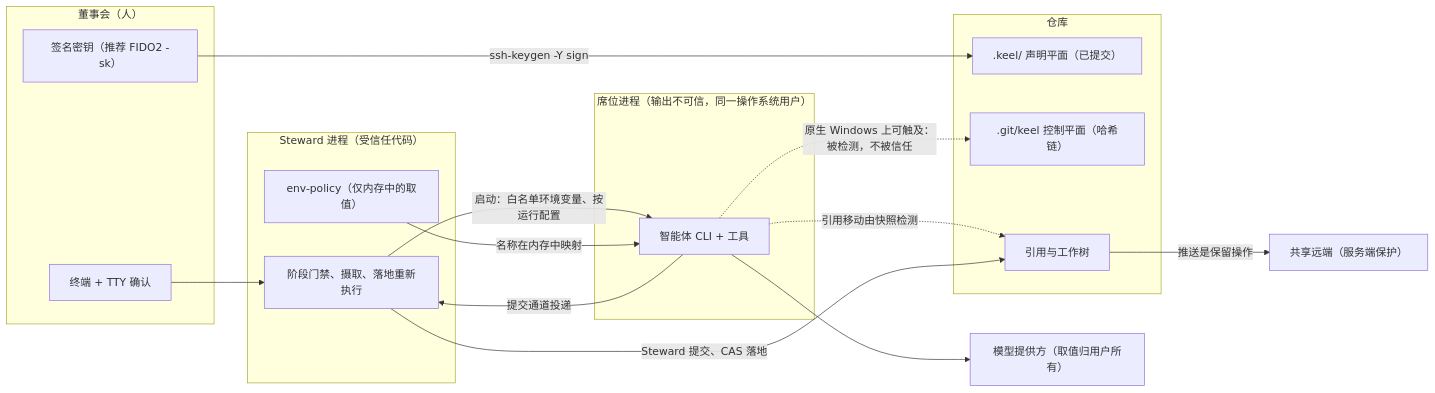
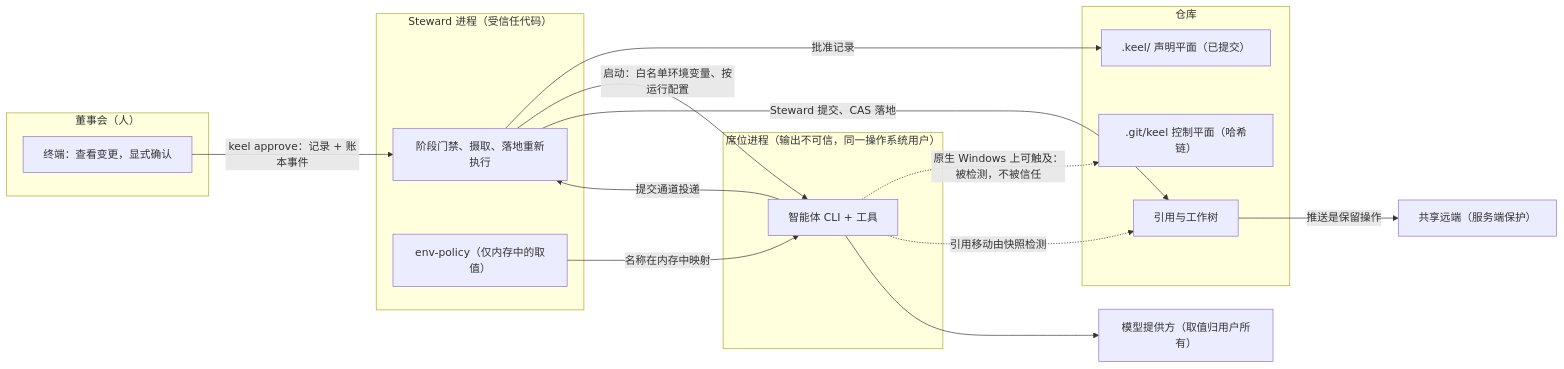
One commit to Qither/keel changed the first of 2 diagrams in docs/14-trust-security.zh-CN.md. Above: the diagram before and after it, drawn with Mermaid. The commit also changed other lines of this file and 130 other files, not shown here.

````diff
--- a/docs/14-trust-security.zh-CN.md
+++ b/docs/14-trust-security.zh-CN.md
@@ -43,31 +43,30 @@
 ```mermaid
 flowchart LR
   subgraph human["董事会（人）"]
-    tty["终端 + TTY 确认"]
-    key["签名密钥（推荐 FIDO2 -sk）"]
+    tty["终端：查看变更，显式确认"]
   end
   subgraph steward["Steward 进程（受信任代码）"]
     gates["阶段门禁、摄取、落地重新执行"]
     envp["env-policy（仅内存中的取值）"]
   end
   subgraph seats["席位进程（输出不可信，同一操作系统用户）"]
     cli["智能体 CLI + 工具"]
   end
   subgraph repo["仓库"]
     declared[".keel/ 声明平面（已提交）"]
     cp[".git/keel 控制平面（哈希链）"]
     refs["引用与工作树"]
   end
   providers["模型提供方（取值归用户所有）"]
   remote["共享远端（服务端保护）"]
-  tty --> gates
-  key -->|"ssh-keygen -Y sign"| declared
+  tty -->|"keel approve：记录 + 账本事件"| gates
+  gates -->|"批准记录"| declared
   gates -->|"启动：白名单环境变量、按运行配置"| cli
   cli -->|"提交通道投递"| gates
   cli -.->|"原生 Windows 上可触及：被检测，不被信任"| cp
   cli -.->|"引用移动由快照检测"| refs
   envp -->|"名称在内存中映射"| cli
   cli --> providers
   gates -->|"Steward 提交、CAS 落地"| refs
   refs -->|"推送是保留操作"| remote
 ```
````
